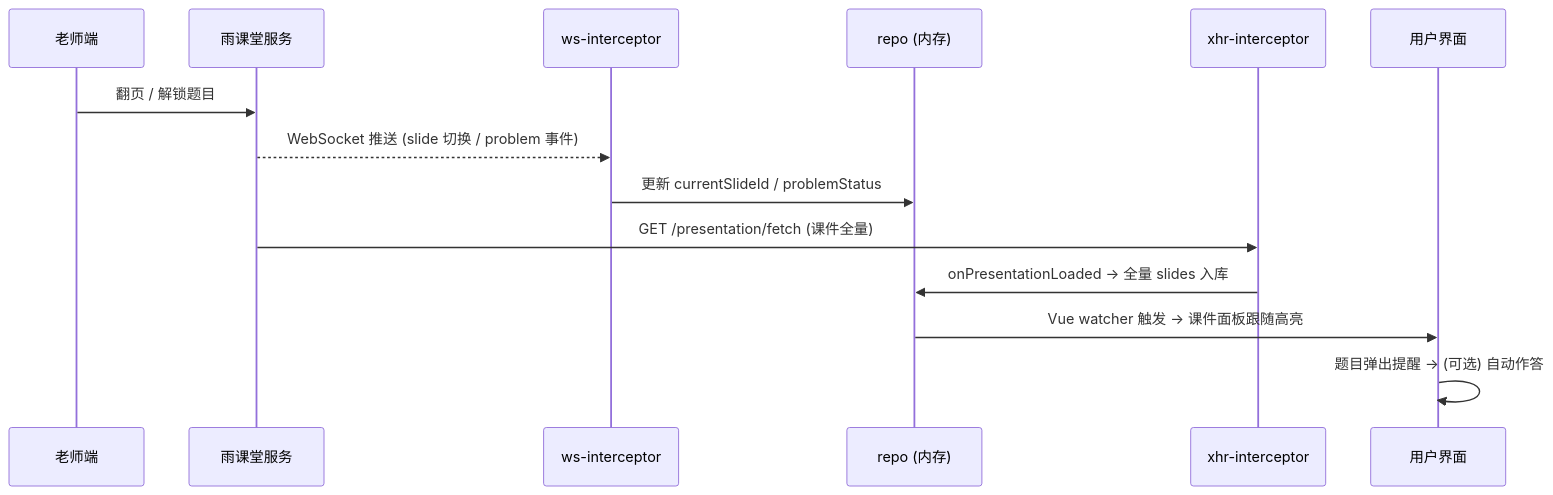
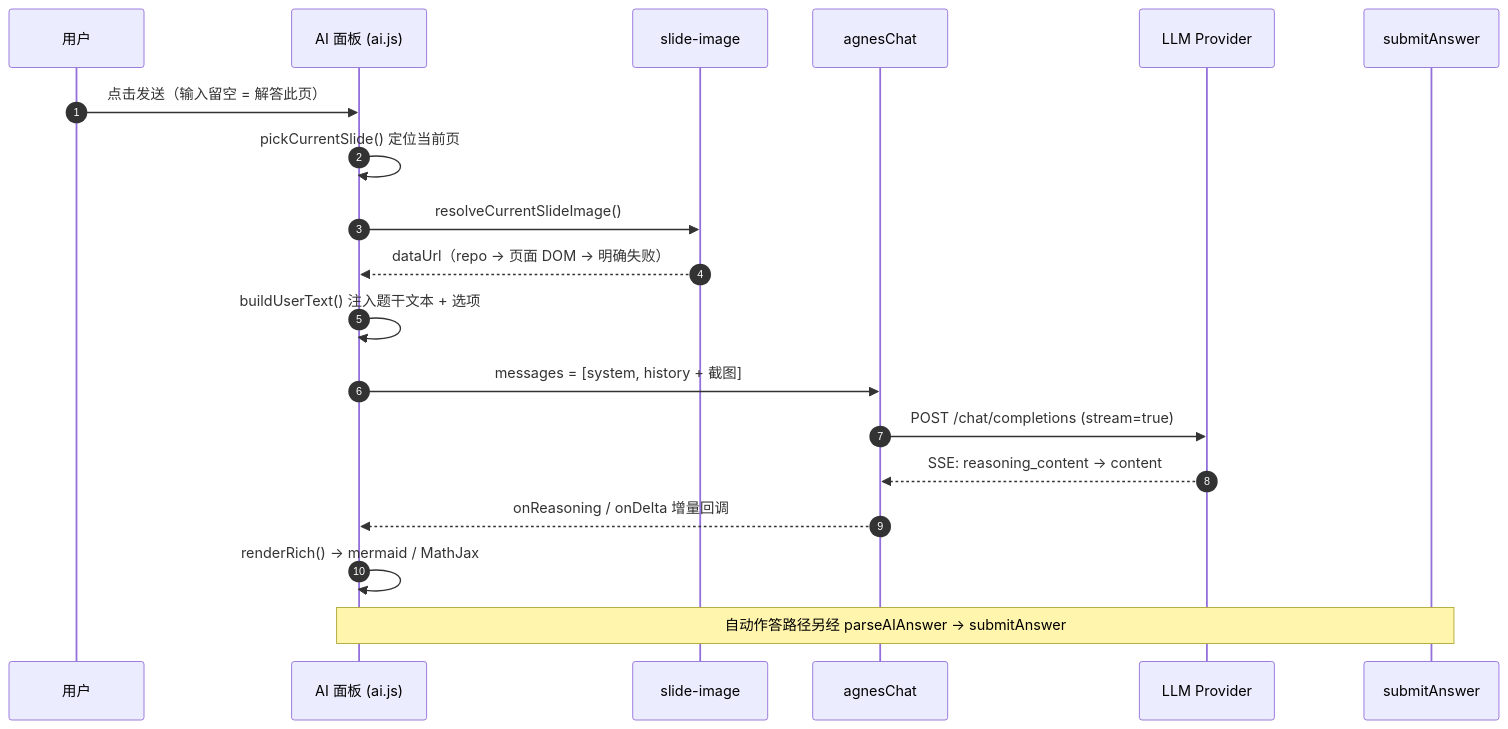
The third of 5 diagrams in README.md (RayMorTwinkle/YuketangStudio), drawn with Mermaid before and after one commit. The commit also changed other lines of this file and 2 other files, not shown here.

Commit message:
docs: 重写 README（中英双语 + 架构图 + 图标）

````diff
--- a/README.md
+++ b/README.md
@@ -239,17 +208,21 @@
 ```mermaid
 sequenceDiagram
-    participant T as 老师端
-    participant S as 雨课堂服务
-    participant WS as ws-interceptor
-    participant R as repo (内存)
-    participant X as xhr-interceptor
-    participant U as 用户界面
-
-    T->>S: 翻页 / 解锁题目
-    S-->>WS: WebSocket 推送 (slide 切换 / problem 事件)
-    WS->>R: 更新 currentSlideId / problemStatus
-    S->>X: GET /presentation/fetch (课件全量)
-    X->>R: onPresentationLoaded → 全量 slides 入库
-    R->>U: Vue watcher 触发 → 课件面板跟随高亮
-    U->>U: 题目弹出提醒 → (可选) 自动作答
+  autonumber
+  participant U as 用户
+  participant P as AI 面板 (ai.js)
+  participant S as slide-image
+  participant A as agnesChat
+  participant M as LLM Provider
+  participant T as submitAnswer
+  U->>P: 点击发送（输入留空 = 解答此页）
+  P->>P: pickCurrentSlide() 定位当前页
+  P->>S: resolveCurrentSlideImage()
+  S-->>P: dataUrl（repo → 页面 DOM → 明确失败）
+  P->>P: buildUserText() 注入题干文本 + 选项
+  P->>A: messages = [system, history + 截图]
+  A->>M: POST /chat/completions (stream=true)
+  M-->>A: SSE: reasoning_content → content
+  A-->>P: onReasoning / onDelta 增量回调
+  P->>P: renderRich() → mermaid / MathJax
+  Note over P,T: 自动作答路径另经 parseAIAnswer → submitAnswer
 ```
````
